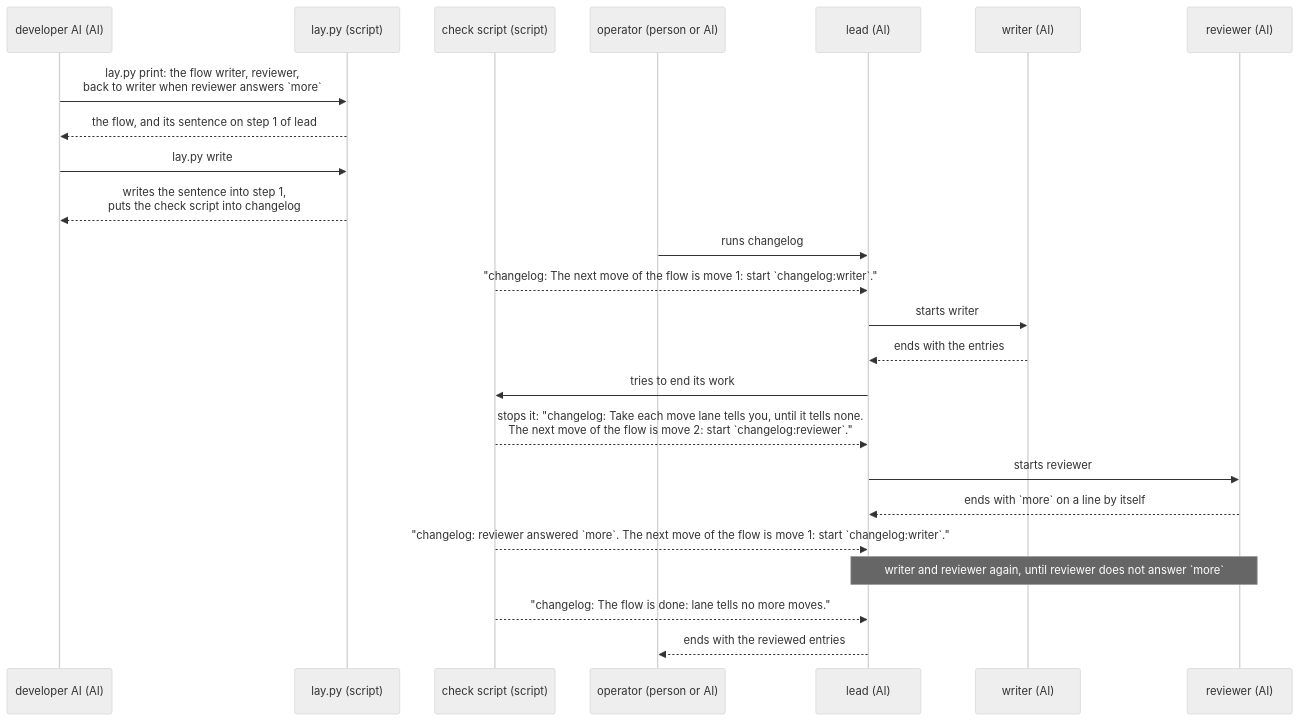
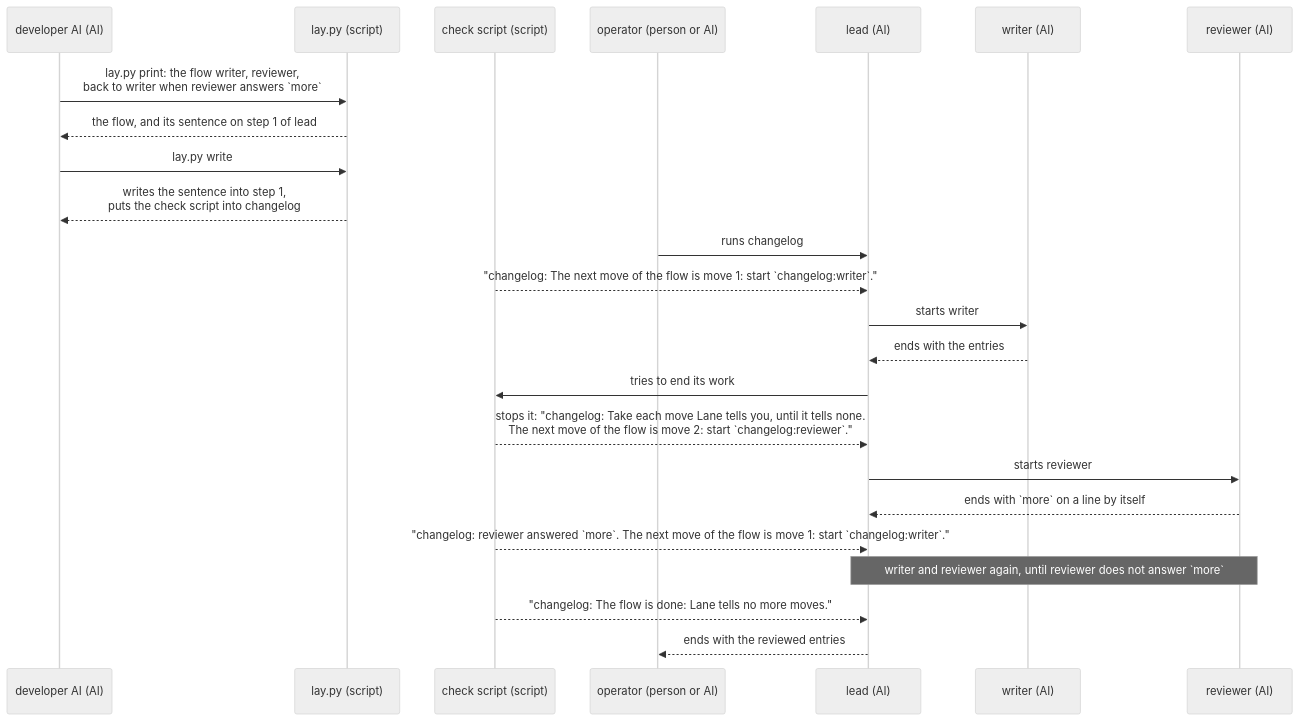
The second of 2 diagrams in dev/lane/ux.md (lovaizu/ccpm), drawn with Mermaid (neutral theme) before and after one commit. The commit also changed other lines of this file and 29 other files, not shown here.

First line of the commit message:
Lane, Turn and Rn capitalized in prose, so readers and translators take them as names

````diff
--- a/dev/lane/ux.md
+++ b/dev/lane/ux.md
@@ -63,26 +63,26 @@
 ```mermaid
 sequenceDiagram
   participant A as developer AI (AI)
   participant L as lay.py (script)
   participant K as check script (script)
   participant U as operator (person or AI)
   participant O as lead (AI)
   participant W as writer (AI)
   participant R as reviewer (AI)
   A->>L: lay.py print: the flow writer, reviewer,<br>back to writer when reviewer answers `more`
   L-->>A: the flow, and its sentence on step 1 of lead
   A->>L: lay.py write
   L-->>A: writes the sentence into step 1,<br>puts the check script into changelog
   U->>O: runs changelog
   K-->>O: "changelog: The next move of the flow is move 1: start `changelog:writer`."
   O->>W: starts writer
   W-->>O: ends with the entries
   O->>K: tries to end its work
-  K-->>O: stops it: "changelog: Take each move lane tells you, until it tells none.<br>The next move of the flow is move 2: start `changelog:reviewer`."
+  K-->>O: stops it: "changelog: Take each move Lane tells you, until it tells none.<br>The next move of the flow is move 2: start `changelog:reviewer`."
   O->>R: starts reviewer
   R-->>O: ends with `more` on a line by itself
   K-->>O: "changelog: reviewer answered `more`. The next move of the flow is move 1: start `changelog:writer`."
   Note over O,R: writer and reviewer again, until reviewer does not answer `more`
-  K-->>O: "changelog: The flow is done: lane tells no more moves."
+  K-->>O: "changelog: The flow is done: Lane tells no more moves."
   O-->>U: ends with the reviewed entries
 ```
````
